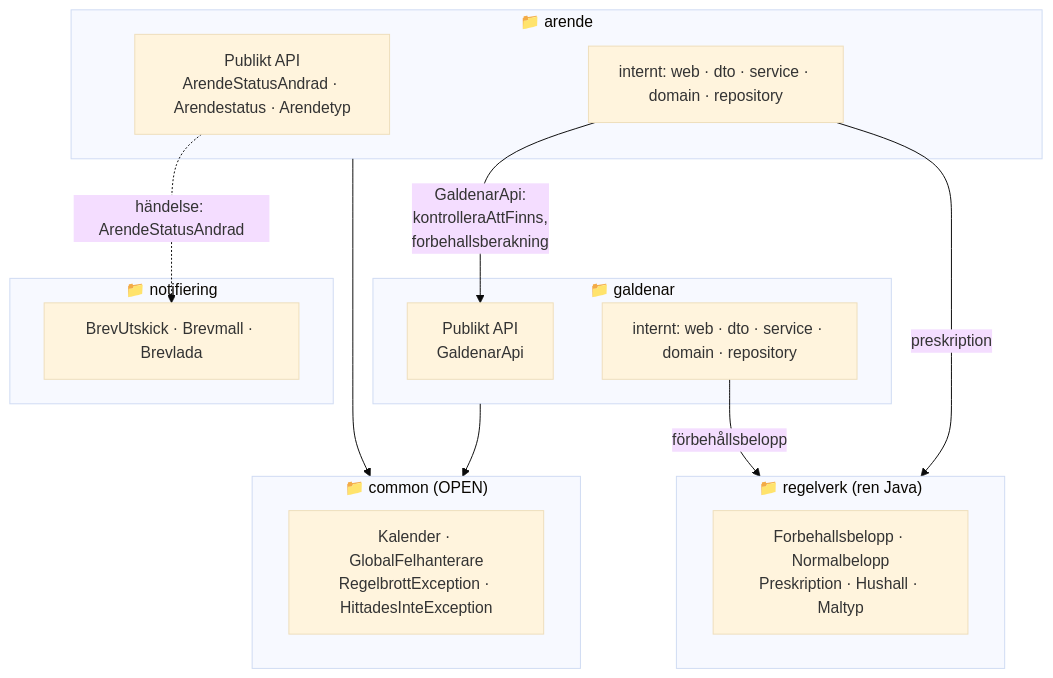
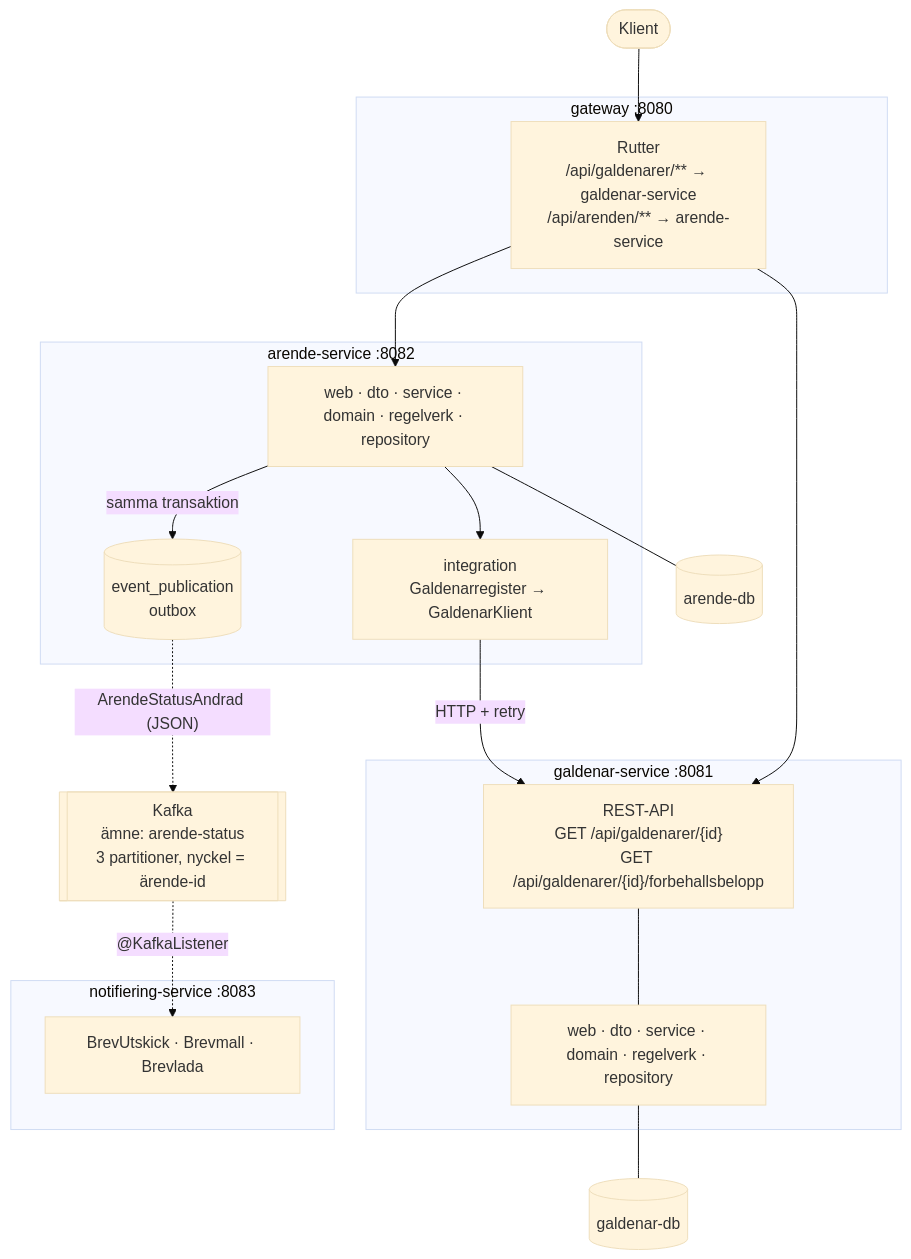
The second of 15 diagrams in docs/diagram.md (JudyTutala95/skuld-handlaggning), drawn with Mermaid (base theme) before and after one commit. The commit also changed other lines of this file and 216 other files, not shown here.

````diff
--- a/docs/diagram.md
+++ b/docs/diagram.md
@@ -55,31 +60,38 @@
 ```mermaid
 flowchart TB
-    subgraph arende["📁 arende"]
-        A_API["Publikt API<br/>ArendeStatusAndrad · Arendestatus · Arendetyp"]
-        A_INT["internt: web · dto · service · domain · repository"]
+    klient(["Klient"])
+
+    subgraph gateway["gateway :8080"]
+        R["Rutter<br/>/api/galdenarer/** → galdenar-service<br/>/api/arenden/** → arende-service"]
     end
 
-    subgraph galdenar["📁 galdenar"]
-        G_API["Publikt API<br/>GaldenarApi"]
-        G_INT["internt: web · dto · service · domain · repository"]
+    subgraph galdenar["galdenar-service :8081"]
+        G_API["REST-API<br/>GET /api/galdenarer/{id}<br/>GET /api/galdenarer/{id}/forbehallsbelopp"]
+        G_INT["web · dto · service · domain · regelverk · repository"]
     end
 
-    subgraph regelverk["📁 regelverk (ren Java)"]
-        R_API["Forbehallsbelopp · Normalbelopp<br/>Preskription · Hushall · Maltyp"]
+    subgraph arende["arende-service :8082"]
+        A_INT["web · dto · service · domain · regelverk · repository"]
+        A_KL["integration<br/>Galdenarregister → GaldenarKlient"]
+        A_OUT[("event_publication<br/>outbox")]
     end
 
-    subgraph notifiering["📁 notifiering"]
+    subgraph notifiering["notifiering-service :8083"]
         N["BrevUtskick · Brevmall · Brevlada"]
     end
 
-    subgraph common["📁 common (OPEN)"]
-        C["Kalender · GlobalFelhanterare<br/>RegelbrottException · HittadesInteException"]
-    end
+    K[["Kafka<br/>ämne: arende-status<br/>3 partitioner, nyckel = ärende-id"]]
+    GDB[("galdenar-db")]
+    ADB[("arende-db")]
 
-    A_INT -->|"GaldenarApi:<br/>kontrolleraAttFinns,<br/>forbehallsberakning"| G_API
-    A_INT -->|preskription| regelverk
-    G_INT -->|förbehållsbelopp| regelverk
-    A_API -. "händelse: ArendeStatusAndrad" .-> N
-    arende --> common
-    galdenar --> common
+    klient --> R
+    R --> G_API
+    R --> A_INT
+    A_INT --> A_KL
+    A_KL -->|"HTTP + retry"| G_API
+    G_API --- G_INT --- GDB
+    A_INT --- ADB
+    A_INT -->|"samma transaktion"| A_OUT
+    A_OUT -. "ArendeStatusAndrad (JSON)" .-> K
+    K -. "@KafkaListener" .-> N
 ```
````
